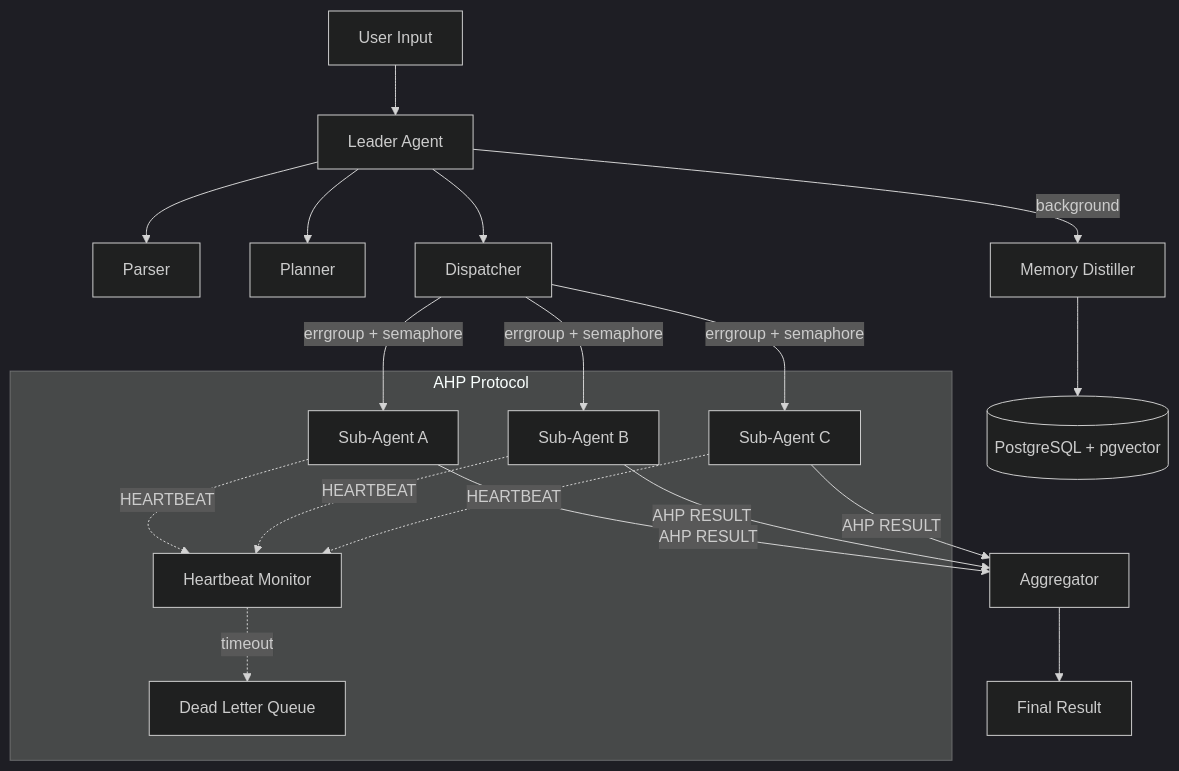
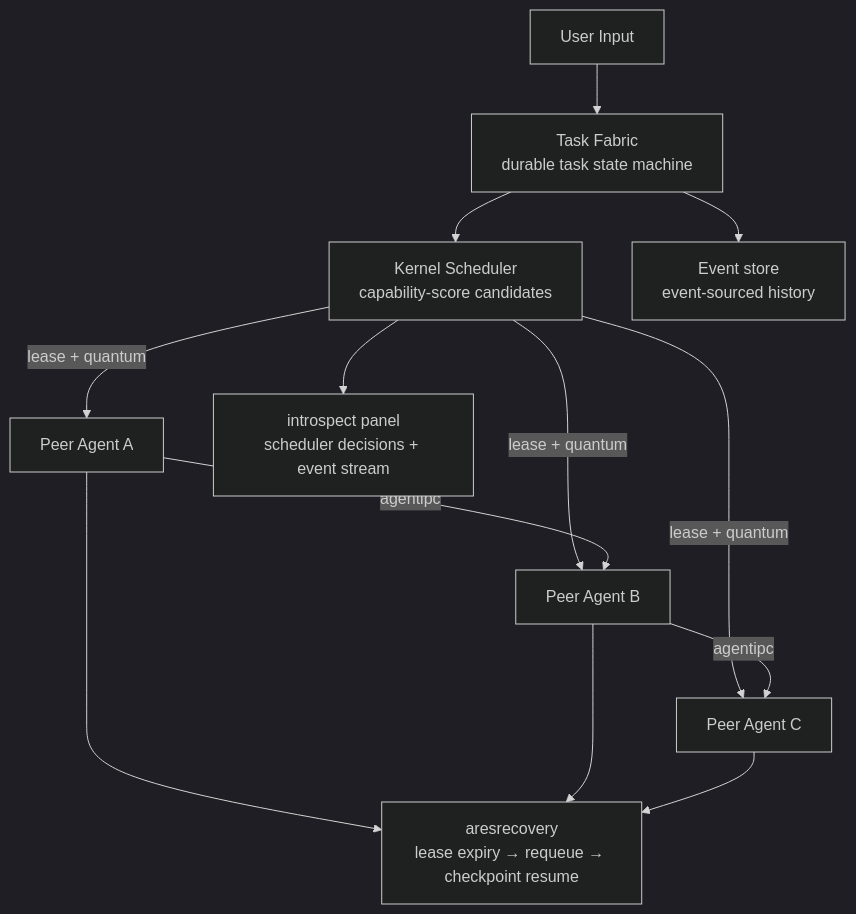
Before and after one commit to Timwood0x10/ARES: the third of 7 diagrams in docs/en/framework-comparison.md, drawn with Mermaid (dark theme). The commit also changed other lines of this file and 9 other files, not shown here.

````diff
--- a/docs/en/framework-comparison.md
+++ b/docs/en/framework-comparison.md
@@ -85,23 +49,15 @@
 ```mermaid
 graph TD
-    User[User Input] --> Leader[Leader Agent]
-    Leader --> Parser[Parser]
-    Leader --> Planner[Planner]
-    Leader --> Dispatcher[Dispatcher]
-    Dispatcher -->|errgroup + semaphore| SA1[Sub-Agent A]
-    Dispatcher -->|errgroup + semaphore| SA2[Sub-Agent B]
-    Dispatcher -->|errgroup + semaphore| SA3[Sub-Agent C]
-    SA1 -->|AHP RESULT| Agg[Aggregator]
-    SA2 -->|AHP RESULT| Agg
-    SA3 -->|AHP RESULT| Agg
-    Agg --> Result[Final Result]
-    Leader -->|background| Distiller[Memory Distiller]
-    Distiller --> PG[(PostgreSQL + pgvector)]
-
-    subgraph AHP Protocol
-        SA1 -.->|HEARTBEAT| HB[Heartbeat Monitor]
-        SA2 -.->|HEARTBEAT| HB
-        SA3 -.->|HEARTBEAT| HB
-        HB -.->|timeout| DLQ[Dead Letter Queue]
-    end
+    User[User Input] --> Fabric[Task Fabric<br/>durable task state machine]
+    Fabric --> Sched[Kernel Scheduler<br/>capability-score candidates]
+    Sched -->|lease + quantum| A1[Peer Agent A]
+    Sched -->|lease + quantum| A2[Peer Agent B]
+    Sched -->|lease + quantum| A3[Peer Agent C]
+    A1 -->|agentipc| A2
+    A2 -->|agentipc| A3
+    A1 --> Recovery[aresrecovery<br/>lease expiry → requeue → checkpoint resume]
+    A2 --> Recovery
+    A3 --> Recovery
+    Fabric --> Events[Event store<br/>event-sourced history]
+    Sched --> Panel[introspect panel<br/>scheduler decisions + event stream]
 ```
````
